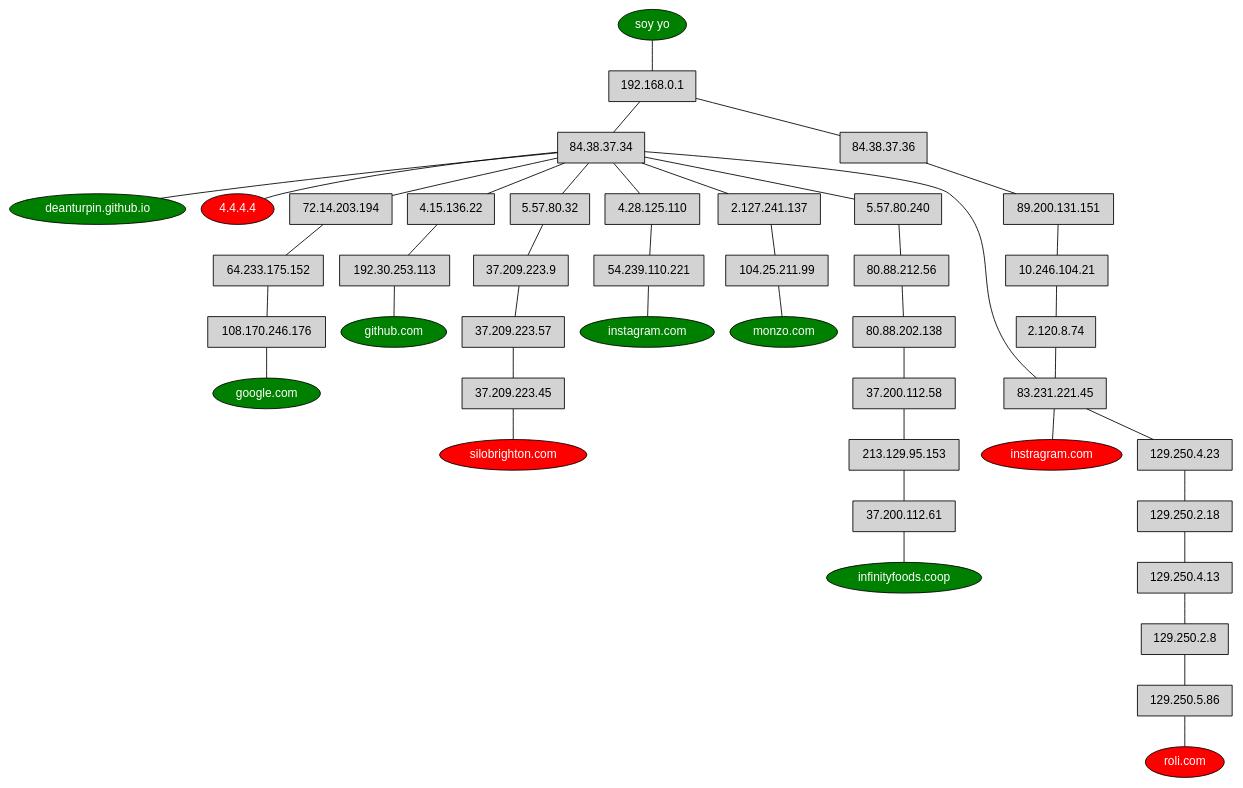
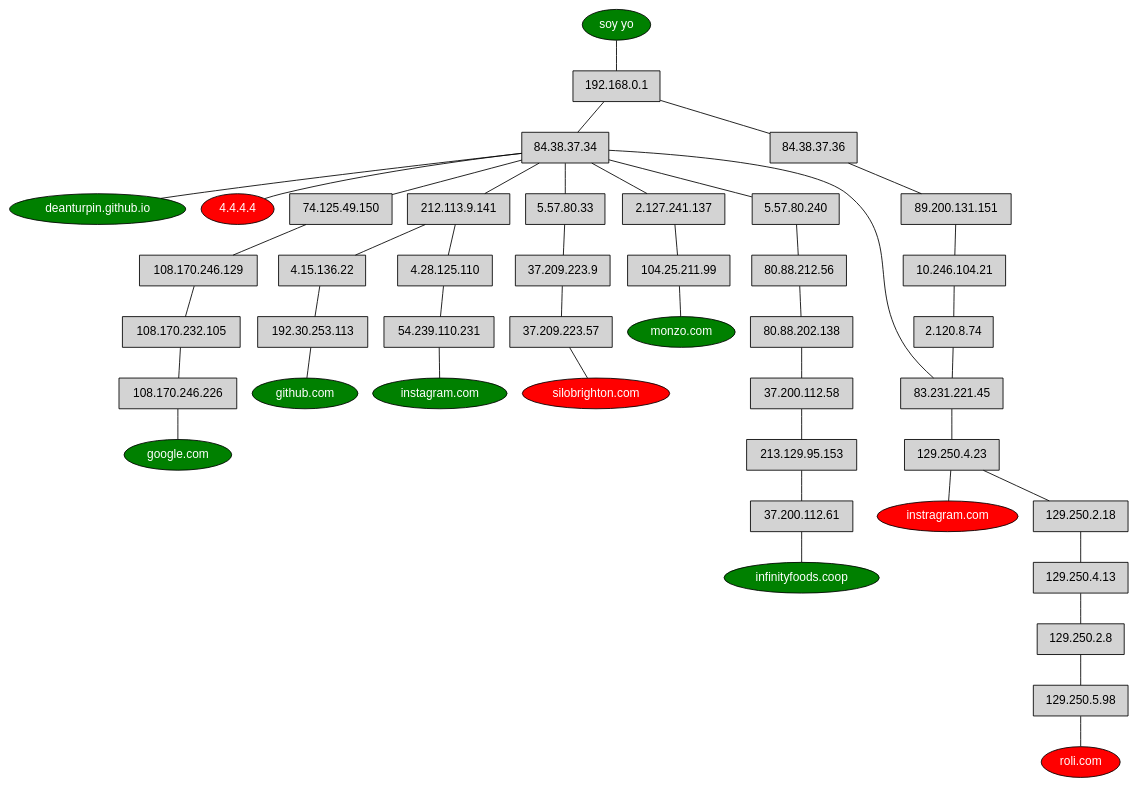
Before and after one commit to deanturpin/hosts2dot: the diagram in example.dot, drawn with Graphviz. The commit also changed 3 other files, not shown here.

```diff
--- a/example.dot
+++ b/example.dot
@@ -1,26 +1,26 @@
 strict graph {
 
   node [shape=rectangle style=filled fontname=helvetica]
   "soy yo" [fillcolor=green shape=oval fontcolor=white]
 
   "google.com" [fillcolor=green shape=oval fontcolor=white]
   "deanturpin.github.io" [fillcolor=green shape=oval fontcolor=white]
   "github.com" [fillcolor=green shape=oval fontcolor=white]
   "silobrighton.com" [fillcolor=red shape=oval fontcolor=white]
   "instagram.com" [fillcolor=green shape=oval fontcolor=white]
   "monzo.com" [fillcolor=green shape=oval fontcolor=white]
   "infinityfoods.coop" [fillcolor=green shape=oval fontcolor=white]
   "roli.com" [fillcolor=red shape=oval fontcolor=white]
   "4.4.4.4" [fillcolor=red shape=oval fontcolor=white]
   "instragram.com" [fillcolor=red shape=oval fontcolor=white]
-  "soy yo"--"192.168.0.1"--"84.38.37.34"--"72.14.203.194"--"64.233.175.152"--"108.170.246.176"--"google.com"
+  "soy yo"--"192.168.0.1"--"84.38.37.34"--"74.125.49.150"--"108.170.246.129"--"108.170.232.105"--"108.170.246.226"--"google.com"
   "soy yo"--"192.168.0.1"--"84.38.37.34"--"deanturpin.github.io"
-  "soy yo"--"192.168.0.1"--"84.38.37.34"--"4.15.136.22"--"192.30.253.113"--"github.com"
-  "soy yo"--"192.168.0.1"--"84.38.37.34"--"5.57.80.32"--"37.209.223.9"--"37.209.223.57"--"37.209.223.45"--"silobrighton.com"
-  "soy yo"--"192.168.0.1"--"84.38.37.34"--"4.28.125.110"--"54.239.110.221"--"instagram.com"
+  "soy yo"--"192.168.0.1"--"84.38.37.34"--"212.113.9.141"--"4.15.136.22"--"192.30.253.113"--"github.com"
+  "soy yo"--"192.168.0.1"--"84.38.37.34"--"5.57.80.33"--"37.209.223.9"--"37.209.223.57"--"silobrighton.com"
+  "soy yo"--"192.168.0.1"--"84.38.37.34"--"212.113.9.141"--"4.28.125.110"--"54.239.110.231"--"instagram.com"
   "soy yo"--"192.168.0.1"--"84.38.37.34"--"2.127.241.137"--"104.25.211.99"--"monzo.com"
   "soy yo"--"192.168.0.1"--"84.38.37.34"--"5.57.80.240"--"80.88.212.56"--"80.88.202.138"--"37.200.112.58"--"213.129.95.153"--"37.200.112.61"--"infinityfoods.coop"
-  "soy yo"--"192.168.0.1"--"84.38.37.34"--"83.231.221.45"--"129.250.4.23"--"129.250.2.18"--"129.250.4.13"--"129.250.2.8"--"129.250.5.86"--"roli.com"
+  "soy yo"--"192.168.0.1"--"84.38.37.34"--"83.231.221.45"--"129.250.4.23"--"129.250.2.18"--"129.250.4.13"--"129.250.2.8"--"129.250.5.98"--"roli.com"
   "soy yo"--"192.168.0.1"--"84.38.37.34"--"4.4.4.4"
-  "soy yo"--"192.168.0.1"--"84.38.37.36"--"89.200.131.151"--"10.246.104.21"--"2.120.8.74"--"83.231.221.45"--"instragram.com"
+  "soy yo"--"192.168.0.1"--"84.38.37.36"--"89.200.131.151"--"10.246.104.21"--"2.120.8.74"--"83.231.221.45"--"129.250.4.23"--"instragram.com"
 }
```
